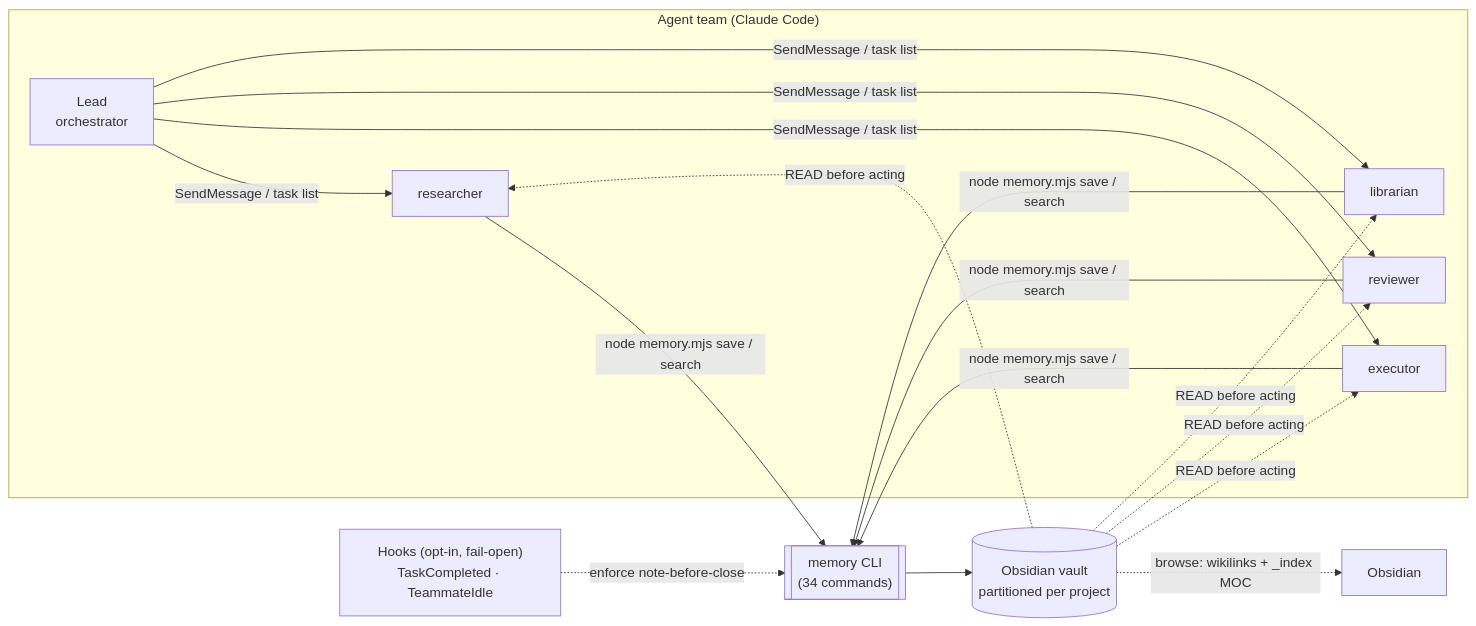
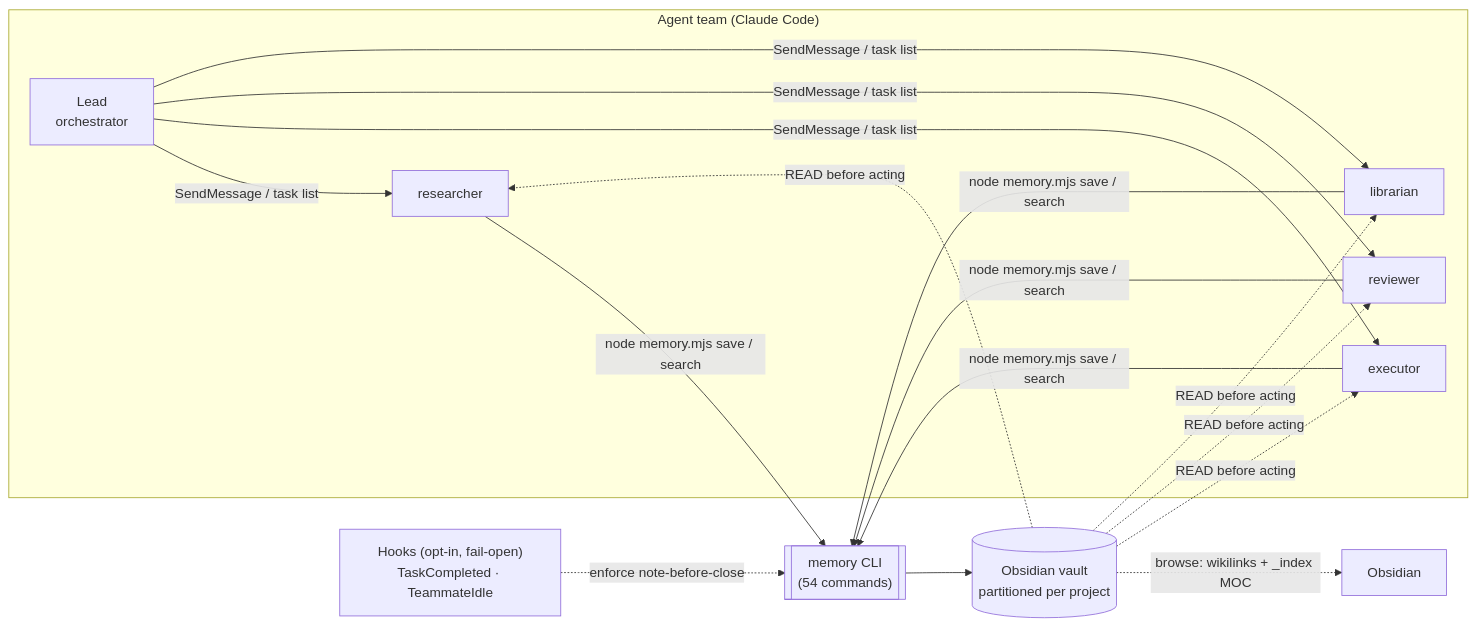
Before and after one commit to MatheusChiodi/AgentTeam-Memory: the first of 6 diagrams in README.md, drawn with Mermaid. The commit also changed other lines of this file and 49 other files, not shown here.

````diff
--- a/README.md
+++ b/README.md
@@ -63,16 +63,16 @@
 ```mermaid
 flowchart LR
   subgraph Team["Agent team (Claude Code)"]
     LEAD["Lead<br/>orchestrator"]
     R["researcher"]
     E["executor"]
     V["reviewer"]
     L["librarian"]
   end
   LEAD -->|SendMessage / task list| R & E & V & L
-  R & E & V & L -->|"node memory.mjs save / search"| CLI[["memory CLI<br/>(34 commands)"]]
+  R & E & V & L -->|"node memory.mjs save / search"| CLI[["memory CLI<br/>(54 commands)"]]
   CLI --> VAULT[("Obsidian vault<br/>partitioned per project")]
   VAULT -.->|"READ before acting"| R & E & V & L
   HOOKS["Hooks (opt-in, fail-open)<br/>TaskCompleted · TeammateIdle"] -.->|enforce note-before-close| CLI
   VAULT -.->|browse: wikilinks + _index MOC| OBS["Obsidian"]
 ```
````
